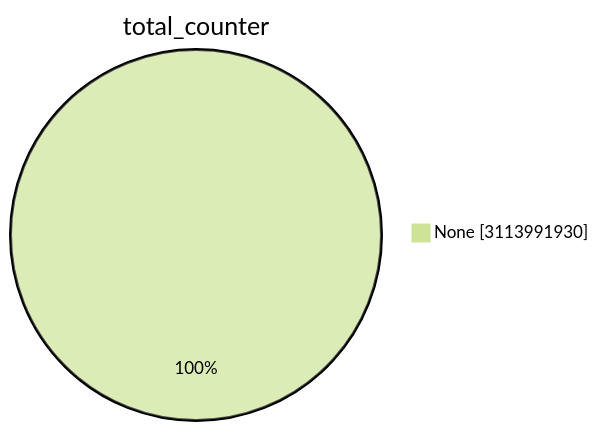
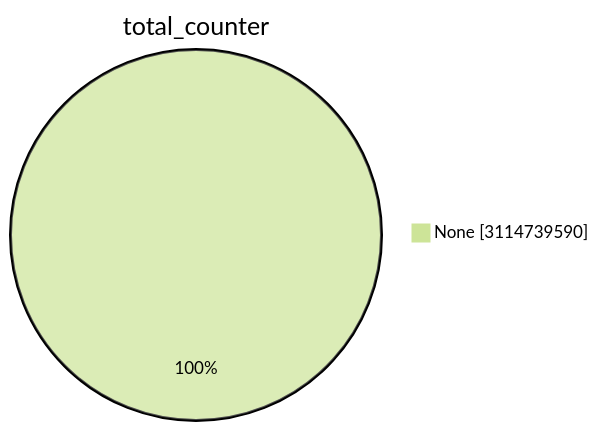
One commit to christiankrug/ctmonitor_visualization changed the first of 15 diagrams in TOTAL/README.md. Above: the diagram before and after it, drawn with Mermaid (forest theme). The commit also changed other lines of this file, not shown here.

````diff
--- a/TOTAL/README.md
+++ b/TOTAL/README.md
@@ -1,5 +1,5 @@
 ```mermaid
 pie showData
 title total_counter
-"None" :3113991930
+"None" :3114739590
 ```
````
